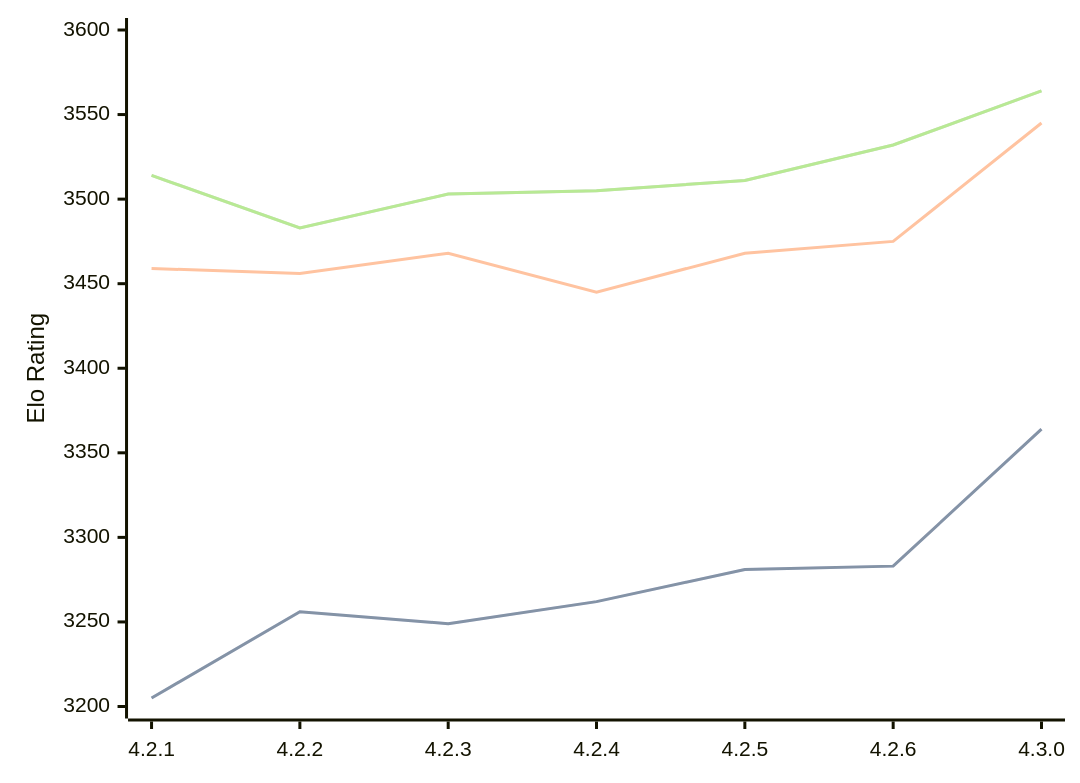
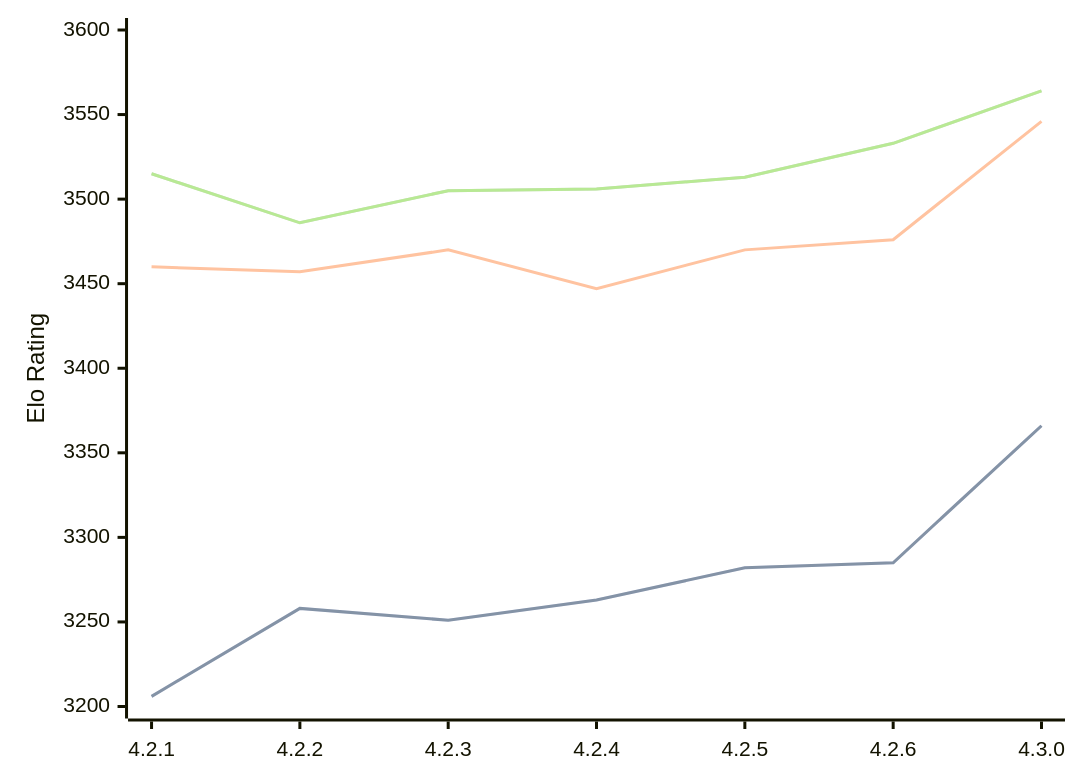
The diagram in engines/Gaia.md (computer-chess-index/cci), drawn with Mermaid before and after one commit. The commit also changed other lines of this file, not shown here.

Commit message:
Update CCI Ratings (ELO VLTC) - 2026-10-09

````diff
--- a/engines/Gaia.md
+++ b/engines/Gaia.md
@@ -43,11 +43,11 @@
 ```mermaid
 %%{init: {"theme":"base","themeVariables":{"seriesColors:['#a3a3a3','#222221','#faa371']}}}%%
 xychart-beta
   x-axis ["4.2.1", "4.2.2", "4.2.3", "4.2.4", "4.2.5", "4.2.6", "4.3.0"]
   y-axis "Elo Rating" 3200 --> 3600
-  line "" [3205, 3256, 3249, 3262, 3281, 3283, 3364]
-  line "STC (8.0+0.08s)" [3205, 3256, 3249, 3262, 3281, 3283, 3364]
-  line "LTC (60.0+0.60s)" [3459, 3456, 3468, 3445, 3468, 3475, 3545]
-  line "" [3514, 3483, 3503, 3505, 3511, 3532, 3564]
-  line "VLTC (2m24s+1.12s)" [3514, 3483, 3503, 3505, 3511, 3532, 3564]
+  line "" [3206, 3258, 3251, 3263, 3282, 3285, 3366]
+  line "STC (8.0+0.08s)" [3206, 3258, 3251, 3263, 3282, 3285, 3366]
+  line "LTC (60.0+0.60s)" [3460, 3457, 3470, 3447, 3470, 3476, 3546]
+  line "" [3515, 3486, 3505, 3506, 3513, 3533, 3564]
+  line "VLTC (2m24s+1.12s)" [3515, 3486, 3505, 3506, 3513, 3533, 3564]
 ```
````
